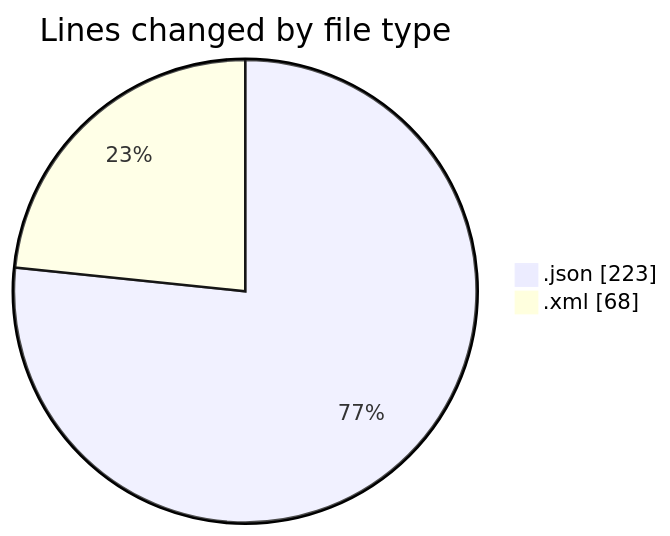
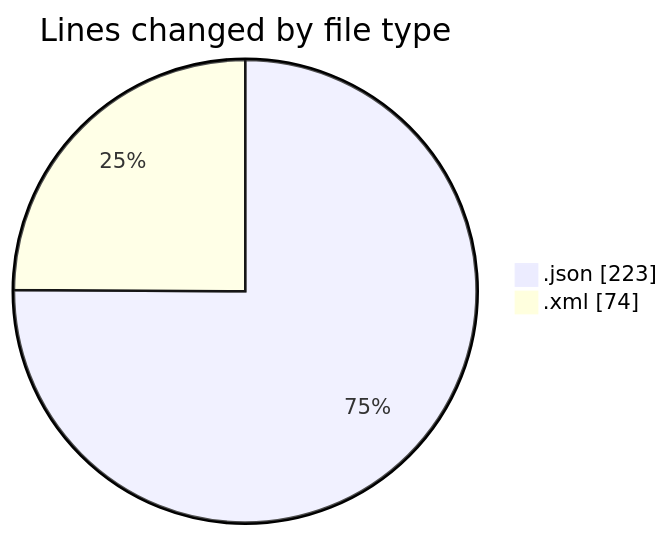
The first of 2 diagrams in 2025-03-15/sms/README.md (idhammustaqopulfikri/code-tracking), drawn with Mermaid before and after one commit. The commit also changed other lines of this file and 1 other file, not shown here.

````diff
--- a/2025-03-15/sms/README.md
+++ b/2025-03-15/sms/README.md
@@ -22,6 +22,6 @@
 ```mermaid
 pie showData
 title Lines changed by file type
 ".json" : 223
-".xml" : 68
+".xml" : 74
 ```
````
